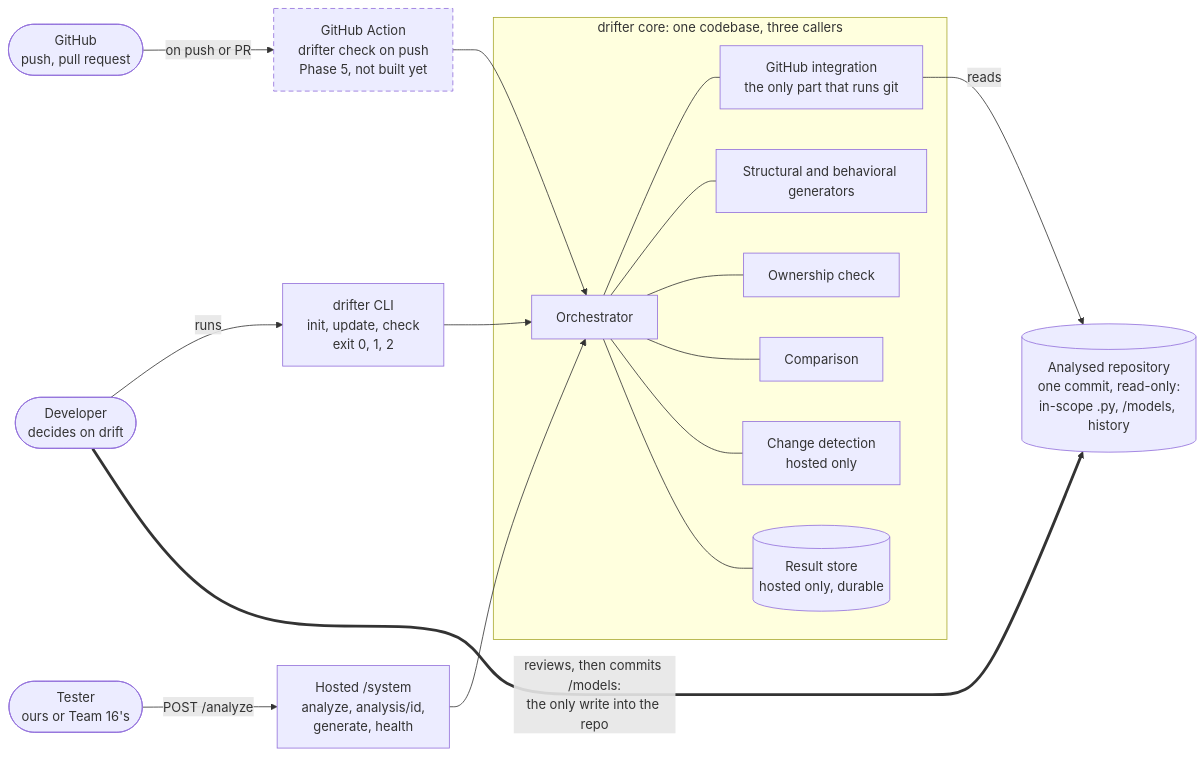
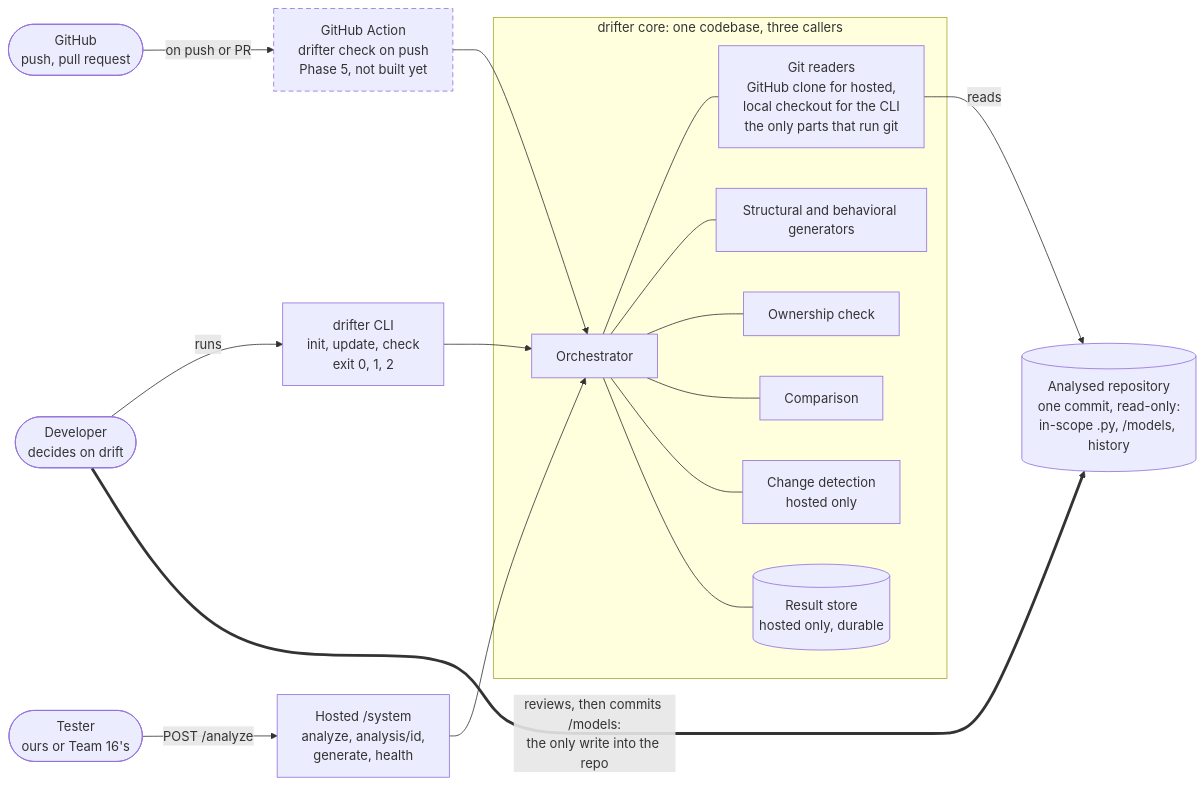
The diagram in docs/models/who-talks-to-what.md (MuhammadSban/DocumentationModelDrifter), drawn with Mermaid before and after one commit. The commit also changed 8 other files, not shown here.

````diff
--- a/docs/models/who-talks-to-what.md
+++ b/docs/models/who-talks-to-what.md
@@ -7,37 +7,37 @@
 ```mermaid
 flowchart LR
     accTitle: Who talks to what
-    accDescr: The developer runs the CLI, GitHub runs the Action on every push (Phase 5, not built yet), and a tester calls the hosted /system routes. All three call one drifter core, whose GitHub integration reads the analysed repository at one commit. The only write into the repository is the developer committing /models.
+    accDescr: The developer runs the CLI, GitHub runs the Action on every push (Phase 5, not built yet), and a tester calls the hosted /system routes. All three call one drifter core, whose git readers read the analysed repository at one commit: a blobless GitHub clone for the hosted service, the local checkout for the CLI. The only write into the repository is the developer committing /models.
 
     Dev([Developer<br/>decides on drift])
     GH([GitHub<br/>push, pull request])
     Tester([Tester<br/>ours or Team 16's])
 
     CLI[drifter CLI<br/>init, update, check<br/>exit 0, 1, 2]
     Action[GitHub Action<br/>drifter check on push<br/>Phase 5, not built yet]
     Hosted[Hosted /system<br/>analyze, analysis/id,<br/>generate, health]
 
     subgraph Core[drifter core: one codebase, three callers]
         Orch[Orchestrator]
-        Git[GitHub integration<br/>the only part that runs git]
+        Git[Git readers<br/>GitHub clone for hosted,<br/>local checkout for the CLI<br/>the only parts that run git]
         Gen[Structural and behavioral generators]
         Own[Ownership check]
         Cmp[Comparison]
         Chg[Change detection<br/>hosted only]
         Store[(Result store<br/>hosted only, durable)]
     end
 
     Repo[(Analysed repository<br/>one commit, read-only:<br/>in-scope .py, /models, history)]
 
     Dev -- runs --> CLI
     GH -- on push or PR --> Action
     Tester -- POST /analyze --> Hosted
     CLI --> Orch
     Action --> Orch
     Hosted --> Orch
     Orch --- Git & Gen & Own & Cmp & Chg & Store
     Git -- reads --> Repo
     Dev == reviews, then commits /models:<br/>the only write into the repo ==> Repo
 
     style Action stroke-dasharray: 6 4
 ```
````
